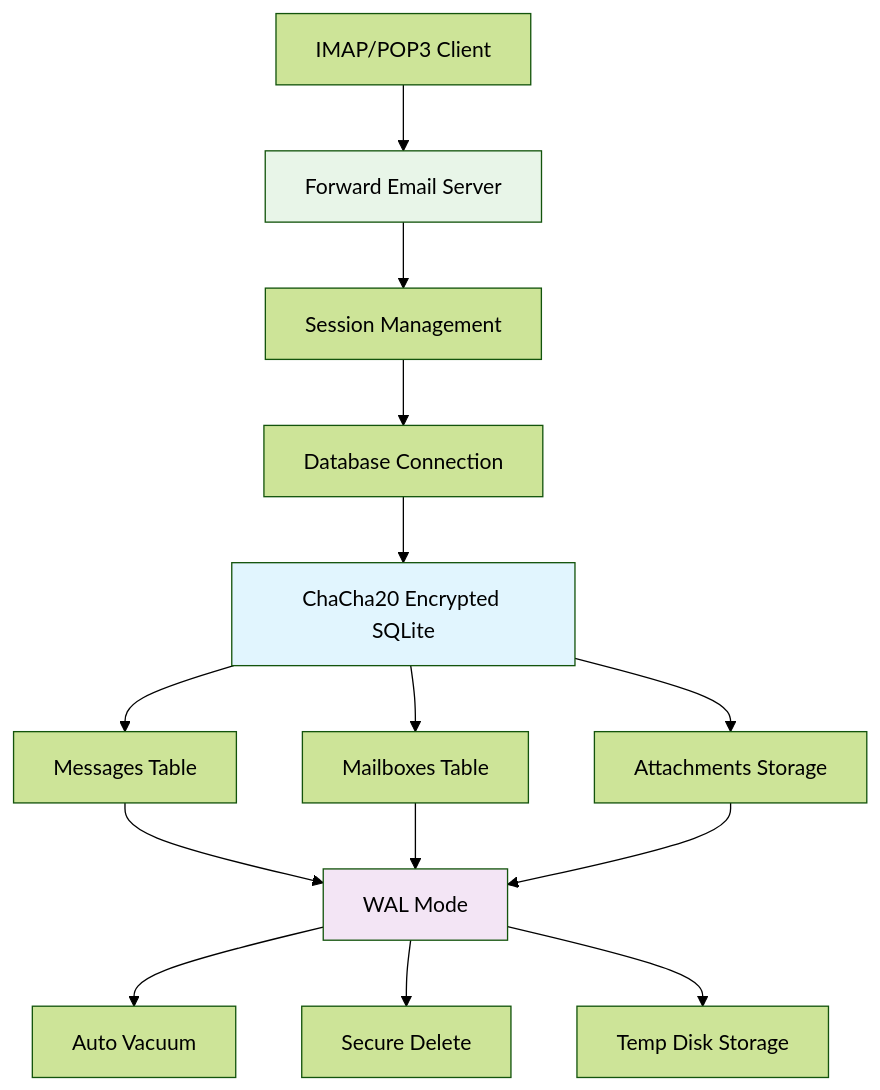
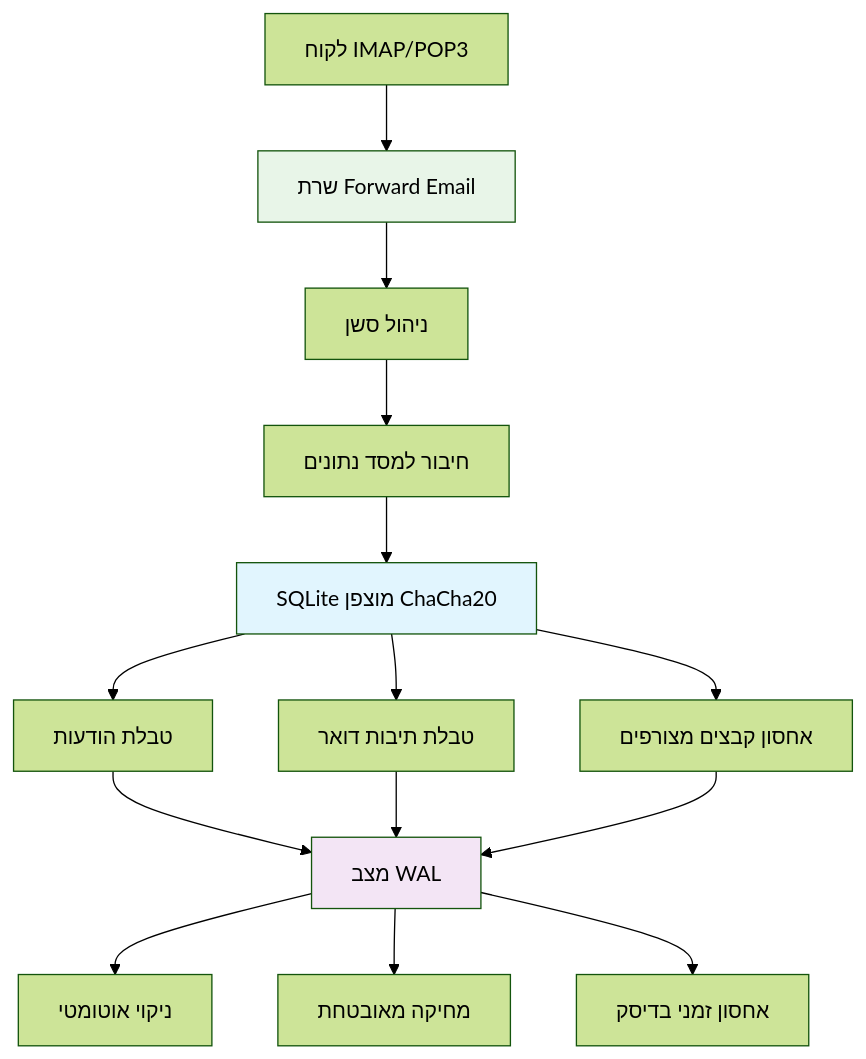
One commit to forwardemail/forwardemail.net changed the second of 3 diagrams in app/views/docs/sqlite-performance-optimization-pragma-chacha20-production-guide/index-he.md. Above: the diagram before and after it, drawn with Mermaid (forest theme). The commit also changed other lines of this file and 1055 other files, not shown here.

````diff
--- a/app/views/docs/sqlite-performance-optimization-pragma-chacha20-production-guide/index-he.md
+++ b/app/views/docs/sqlite-performance-optimization-pragma-chacha20-production-guide/index-he.md
@@ -78,23 +79,23 @@
 ```mermaid
 graph TB
-    A[IMAP/POP3 Client] --> B[Forward Email Server]
-    B --> C[Session Management]
-    C --> D[Database Connection]
-    D --> E[ChaCha20 Encrypted SQLite]
+    A[לקוח IMAP/POP3] --> B[שרת Forward Email]
+    B --> C[ניהול סשן]
+    C --> D[חיבור למסד נתונים]
+    D --> E[SQLite מוצפן ChaCha20]
 
-    E --> F[Messages Table]
-    E --> G[Mailboxes Table]
-    E --> H[Attachments Storage]
+    E --> F[טבלת הודעות]
+    E --> G[טבלת תיבות דואר]
+    E --> H[אחסון קבצים מצורפים]
 
-    F --> I[WAL Mode]
+    F --> I[מצב WAL]
     G --> I
     H --> I
 
-    I --> J[Auto Vacuum]
-    I --> K[Secure Delete]
-    I --> L[Temp Disk Storage]
+    I --> J[ניקוי אוטומטי]
+    I --> K[מחיקה מאובטחת]
+    I --> L[אחסון זמני בדיסק]
 
     style E fill:#e1f5fe
     style I fill:#f3e5f5
     style B fill:#e8f5e8
 ```
````
